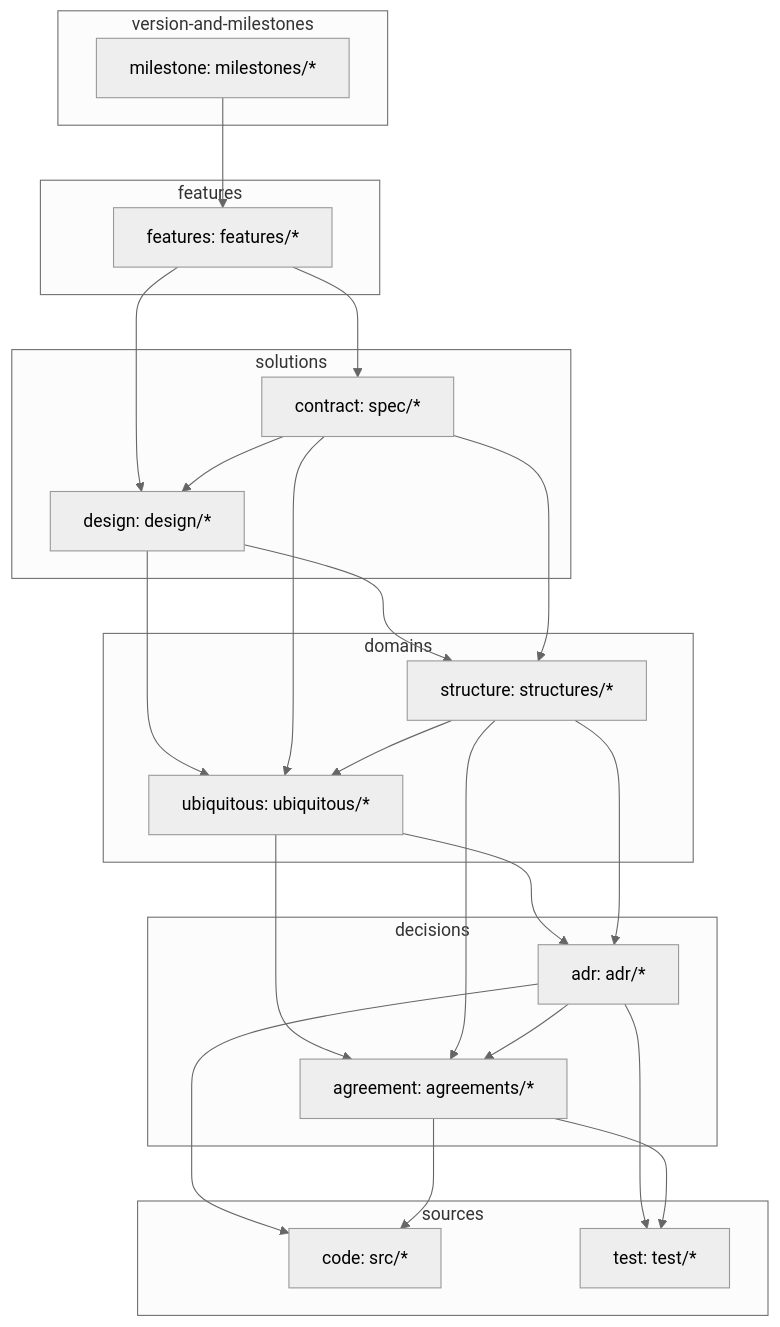
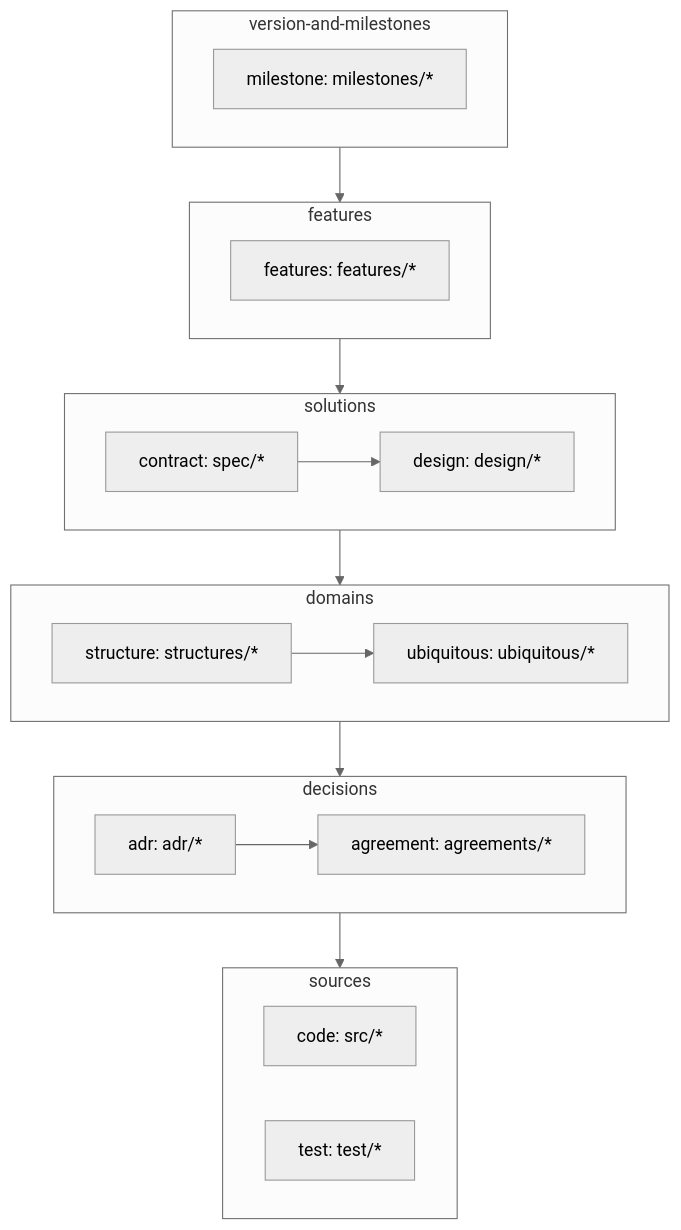
Before and after one commit to gameundwatch/periplus: the diagram in docs/overview.md, drawn with Mermaid (neutral theme).

Commit message:
fix: overview の矢印を層間にまとめる

````diff
--- a/docs/overview.md
+++ b/docs/overview.md
@@ -9,51 +9,42 @@
 ```mermaid
 flowchart TD
 
     subgraph L1[version-and-milestones]
         milestone[milestone: milestones/*]
     end
 
     subgraph L2[features]
         feature[features: features/*]
     end
 
     subgraph L3[solutions]
         design[design: design/*]
         contract[contract: spec/*]
     end
 
     subgraph L4[domains]
         ubiquitous[ubiquitous: ubiquitous/*]
         structure[structure: structures/*]
     end
 
     subgraph L5[decisions]
         adr[adr: adr/*]
         agreement[agreement: agreements/*]
     end
 
     subgraph L6[sources]
         code[code: src/*]
         test[test: test/*]
     end
 
-    milestone --> feature
-    feature --> design
-    feature --> contract
+    L1 --> L2
+    L2 --> L3
+    L3 --> L4
+    L4 --> L5
+    L5 --> L6
+
     contract --> design
-    design --> ubiquitous
-    design --> structure
-    contract --> ubiquitous
-    contract --> structure
     structure --> ubiquitous
-    ubiquitous --> adr
-    structure --> adr
-    ubiquitous --> agreement
-    structure --> agreement
     adr --> agreement
-    adr --> code
-    adr --> test
-    agreement --> code
-    agreement --> test
 
 ```
````
